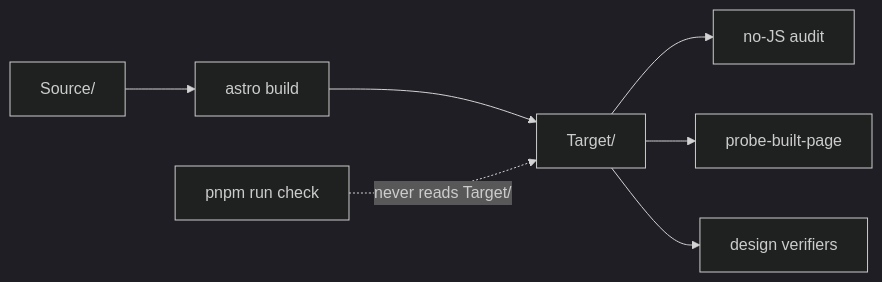
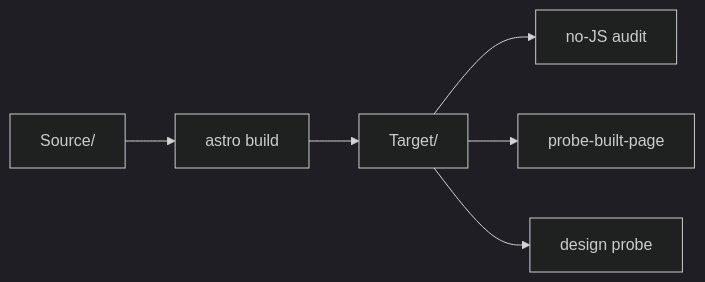
The third of 4 diagrams in Documentation/Reference/Diagram/Site.md (NikolaRHristov/TimeLine), drawn with Mermaid (dark theme) before and after one commit. The commit also changed other lines of this file and 136 other files, not shown here.

````diff
--- a/Documentation/Reference/Diagram/Site.md
+++ b/Documentation/Reference/Diagram/Site.md
@@ -61,9 +60,8 @@
 ```mermaid
 flowchart LR
   S["Source/"] --> B["astro build"]
   B --> T["Target/"]
   T --> A["no-JS audit"]
   T --> P["probe-built-page"]
-  T --> V["design verifiers"]
-  G["pnpm run check"] -.->|"never reads Target/"| T
+  T --> V["design probe"]
 ```
````
